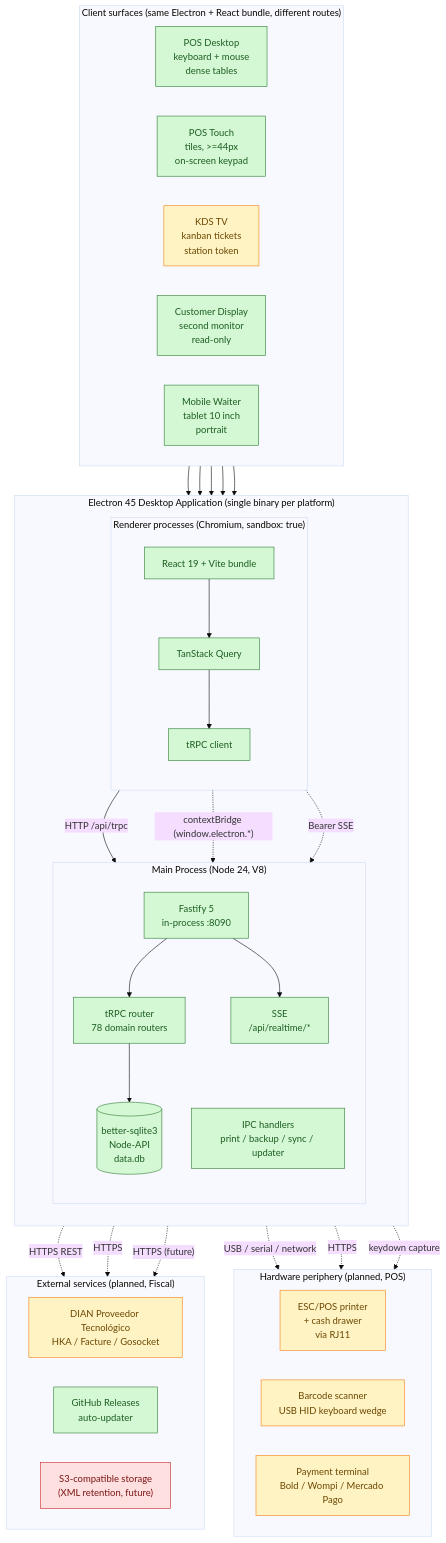
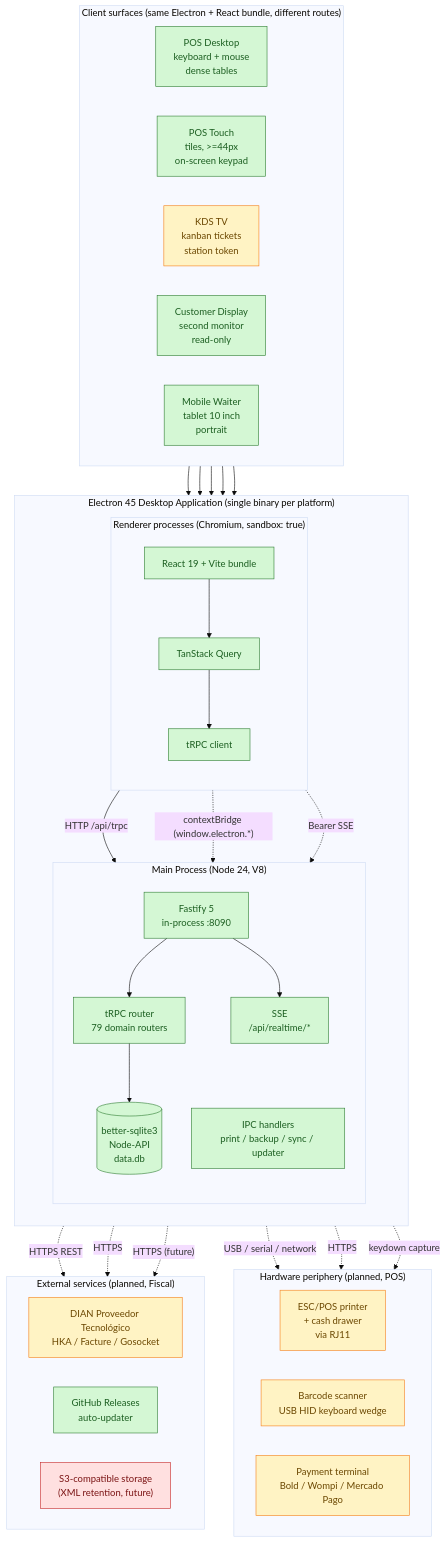
The diagram in docs/architecture.mmd (johnny4young/puntovivo), drawn with Mermaid (base theme) before and after one commit. The commit also changed 45 other files, not shown here.

```diff
--- a/docs/architecture.mmd
+++ b/docs/architecture.mmd
@@ -1,81 +1,81 @@
 %% Puntovivo architecture — high-level process and client surface topology
 %% Render: pnpm dlx @mermaid-js/mermaid-cli -i docs/architecture.mmd -o docs/architecture.svg -b transparent
 %% The -b transparent flag is required: mermaid-cli defaults to a white page
 %% background, which regresses the diagram on dark-mode surfaces. The SVG
 %% root style must keep background-color: transparent after every re-render.
 %% Source of truth for the system diagram embedded in docs/ARCHITECTURE.md and README.md.
 
 flowchart TB
   subgraph Electron["Electron 45 Desktop Application (single binary per platform)"]
     direction TB
 
     subgraph Main["Main Process (Node 24, V8)"]
       direction TB
       F["Fastify 5<br/>in-process :8090"]
-      T["tRPC router<br/>78 domain routers"]
+      T["tRPC router<br/>79 domain routers"]
       DB[("better-sqlite3<br/>Node-API<br/>data.db")]
       IPC["IPC handlers<br/>print / backup / sync / updater"]
       SSE["SSE<br/>/api/realtime/*"]
       F --> T
       F --> SSE
       T --> DB
     end
 
     subgraph Renderer["Renderer processes (Chromium, sandbox: true)"]
       direction TB
       R["React 19 + Vite bundle"]
       Q["TanStack Query"]
       C["tRPC client"]
       R --> Q --> C
     end
 
     C -- "HTTP /api/trpc" --> F
     R -. "contextBridge (window.electron.*)" .-> IPC
     R -. "Bearer SSE" .-> SSE
   end
 
   subgraph Surfaces["Client surfaces (same Electron + React bundle, different routes)"]
     direction LR
     POSD["POS Desktop<br/>keyboard + mouse<br/>dense tables"]
     POST["POS Touch<br/>tiles, >=44px<br/>on-screen keypad"]
     KDS["KDS TV<br/>kanban tickets<br/>station token"]
     CUST["Customer Display<br/>second monitor<br/>read-only"]
     MOB["Mobile Waiter<br/>tablet 10 inch<br/>portrait"]
   end
 
   POSD --> Renderer
   POST --> Renderer
   KDS --> Renderer
   CUST --> Renderer
   MOB --> Renderer
 
   subgraph Peripherals["Hardware periphery (planned, POS)"]
     direction LR
     ESCP["ESC/POS printer<br/>+ cash drawer<br/>via RJ11"]
     SCAN["Barcode scanner<br/>USB HID keyboard wedge"]
     DAT["Payment terminal<br/>Bold / Wompi / Mercado Pago"]
   end
 
   IPC -. "USB / serial / network" .-> ESCP
   Renderer -. "keydown capture" .-> SCAN
   T -. "HTTPS" .-> DAT
 
   subgraph External["External services (planned, Fiscal)"]
     direction LR
     PT["DIAN Proveedor Tecnológico<br/>HKA / Facture / Gosocket"]
     UPD["GitHub Releases<br/>auto-updater"]
     S3["S3-compatible storage<br/>(XML retention, future)"]
   end
 
   T -. "HTTPS REST" .-> PT
   IPC -. "HTTPS" .-> UPD
   IPC -. "HTTPS (future)" .-> S3
 
   classDef shipped fill:#d4f7d4,stroke:#2e7d32,color:#1b5e20
   classDef planned fill:#fff3c4,stroke:#f57f17,color:#6b4700
   classDef future fill:#ffe0e0,stroke:#c62828,color:#7a1313
 
   class F,T,DB,IPC,SSE,R,Q,C,POSD,UPD shipped
   class POST,MOB,CUST shipped
   class KDS,ESCP,SCAN,DAT,PT planned
   class S3 future
```
